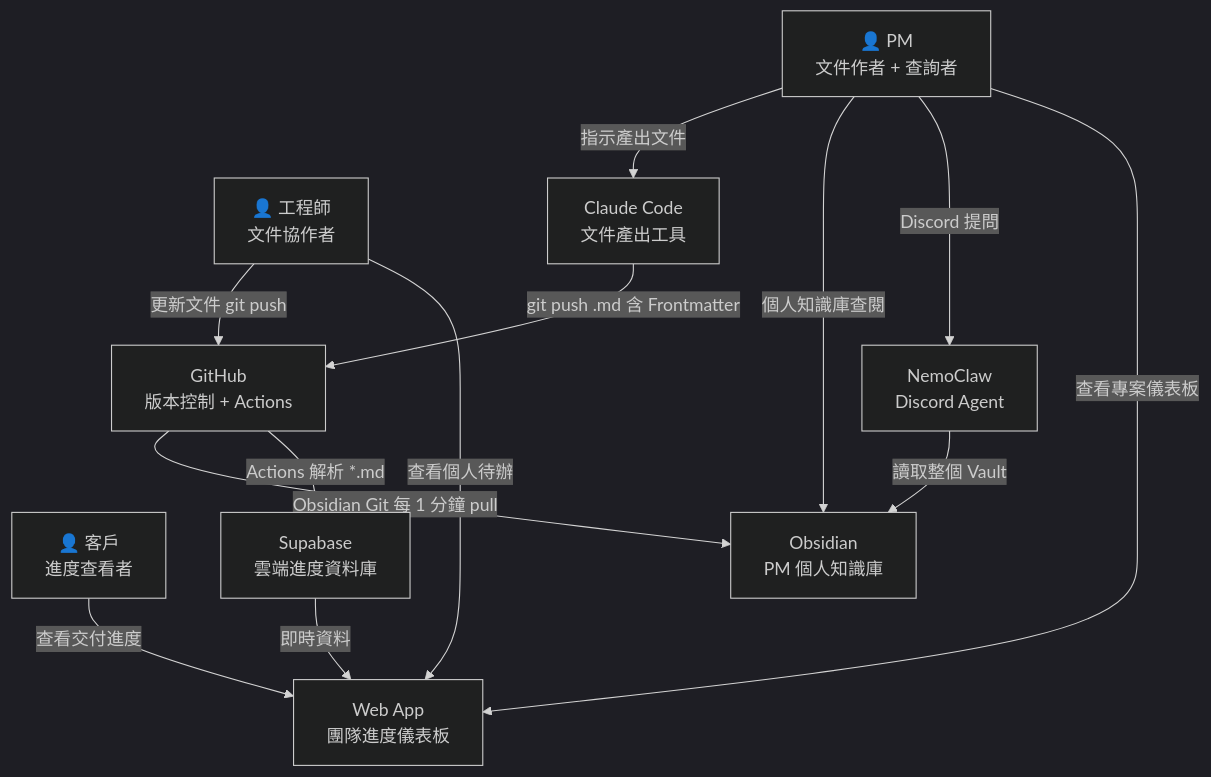
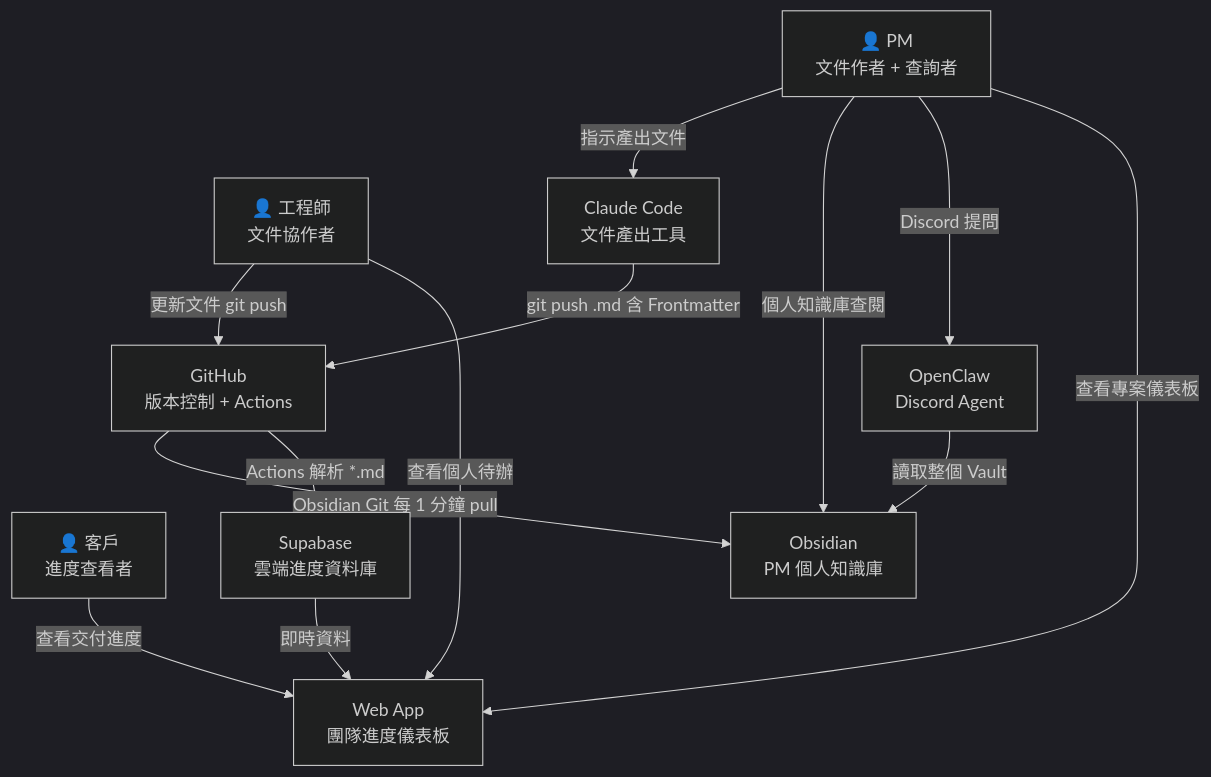
The first of 4 diagrams in docs/architecture_and_design_document.md (benben83922/Node_PM), drawn with Mermaid (dark theme) before and after one commit. The commit also changed other lines of this file and 401 other files, not shown here.

````diff
--- a/docs/architecture_and_design_document.md
+++ b/docs/architecture_and_design_document.md
@@ -52,25 +52,25 @@
 ```mermaid
 graph TB
     PM[👤 PM\n文件作者 + 查詢者]
     ENG[👤 工程師\n文件協作者]
     CLIENT[👤 客戶\n進度查看者]
     CC[Claude Code\n文件產出工具]
     GH[GitHub\n版本控制 + Actions]
     OB[Obsidian\nPM 個人知識庫]
-    NC[NemoClaw\nDiscord Agent]
+    NC[OpenClaw\nDiscord Agent]
     SB[Supabase\n雲端進度資料庫]
     WEB[Web App\n團隊進度儀表板]
 
     PM -->|指示產出文件| CC
     CC -->|git push .md 含 Frontmatter| GH
     ENG -->|更新文件 git push| GH
     GH -->|Obsidian Git 每 1 分鐘 pull| OB
     GH -->|Actions 解析 *.md| SB
     PM -->|個人知識庫查閱| OB
     PM -->|Discord 提問| NC
     NC -->|讀取整個 Vault| OB
     PM -->|查看專案儀表板| WEB
     ENG -->|查看個人待辦| WEB
     CLIENT -->|查看交付進度| WEB
     SB -->|即時資料| WEB
 ```
````
